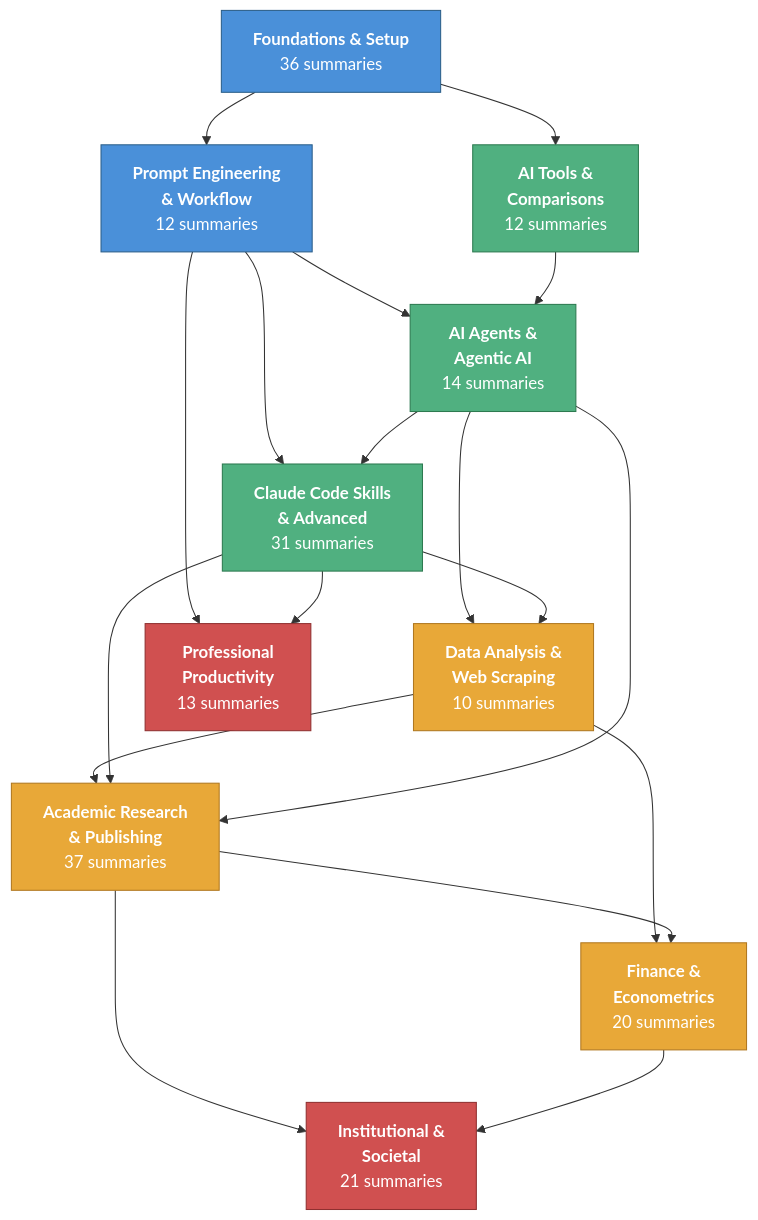
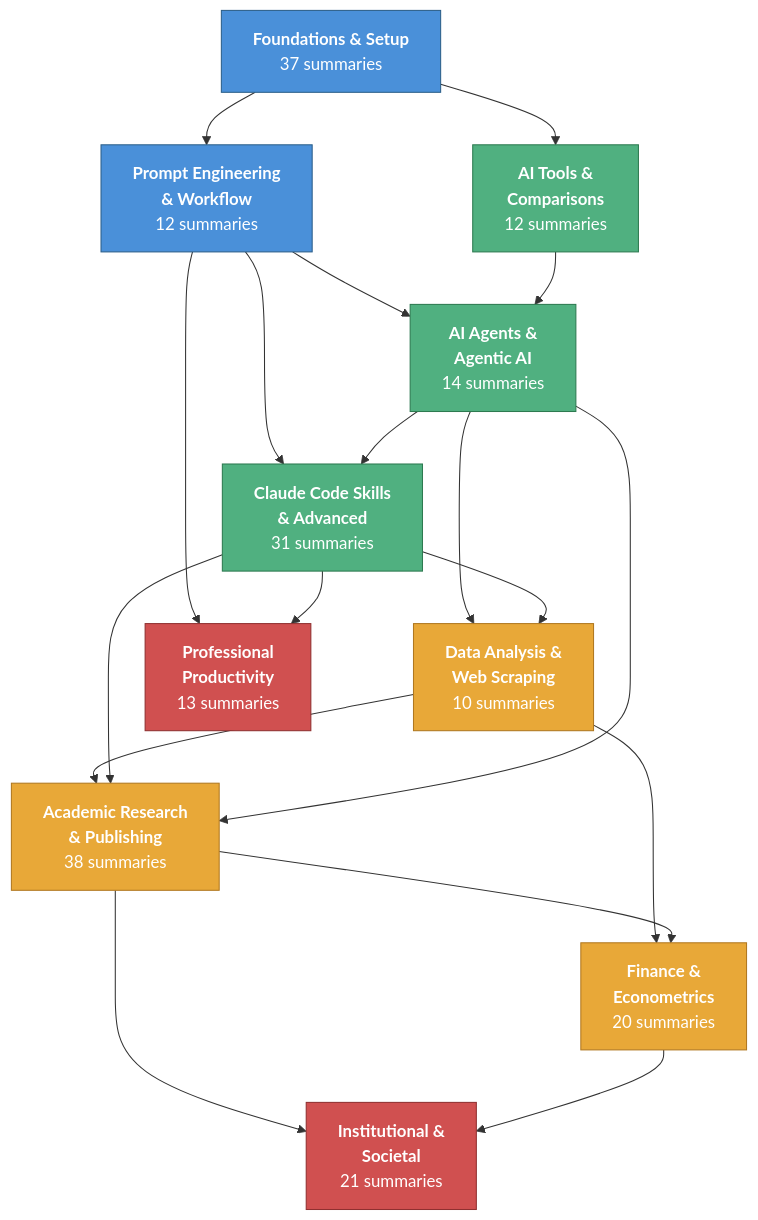
Before and after one commit to velikov-mihail/ai-econ-wiki: the diagram in wiki/visualizations/category-map.md, drawn with Mermaid. The commit also changed 2 other files, not shown here.

Commit message:
Refresh derived pages after ingest: category counts, category map, source timeline

````diff
--- a/wiki/visualizations/category-map.md
+++ b/wiki/visualizations/category-map.md
@@ -11,49 +11,49 @@
 ```mermaid
 graph TD
-    FS["<b>Foundations & Setup</b><br/>36 summaries"]
+    FS["<b>Foundations & Setup</b><br/>37 summaries"]
     PE["<b>Prompt Engineering<br/>& Workflow</b><br/>12 summaries"]
     AG["<b>AI Agents &<br/>Agentic AI</b><br/>14 summaries"]
     CS["<b>Claude Code Skills<br/>& Advanced</b><br/>31 summaries"]
     DA["<b>Data Analysis &<br/>Web Scraping</b><br/>10 summaries"]
-    AR["<b>Academic Research<br/>& Publishing</b><br/>37 summaries"]
+    AR["<b>Academic Research<br/>& Publishing</b><br/>38 summaries"]
     FE["<b>Finance &<br/>Econometrics</b><br/>20 summaries"]
     AT["<b>AI Tools &<br/>Comparisons</b><br/>12 summaries"]
     IS["<b>Institutional &<br/>Societal</b><br/>21 summaries"]
     PP["<b>Professional<br/>Productivity</b><br/>13 summaries"]
 
     %% Foundational layer
     FS --> PE
     FS --> AT
     PE --> AG
     PE --> CS
 
     %% Technical layer
     AG --> CS
     AG --> DA
     CS --> DA
     AT --> AG
 
     %% Applied layer
     DA --> AR
     DA --> FE
     AR --> FE
     CS --> AR
     AG --> AR
 
     %% Productivity & big picture
     PE --> PP
     CS --> PP
     AR --> IS
     FE --> IS
 
     %% Styling
     classDef foundation fill:#4a90d9,stroke:#2c5f8a,color:#fff
     classDef technical fill:#50b080,stroke:#2d7a50,color:#fff
     classDef applied fill:#e8a838,stroke:#b07820,color:#fff
     classDef bigpicture fill:#d05050,stroke:#903030,color:#fff
 
     class FS,PE foundation
     class AG,CS,AT technical
     class DA,AR,FE applied
     class IS,PP bigpicture
 ```
````
